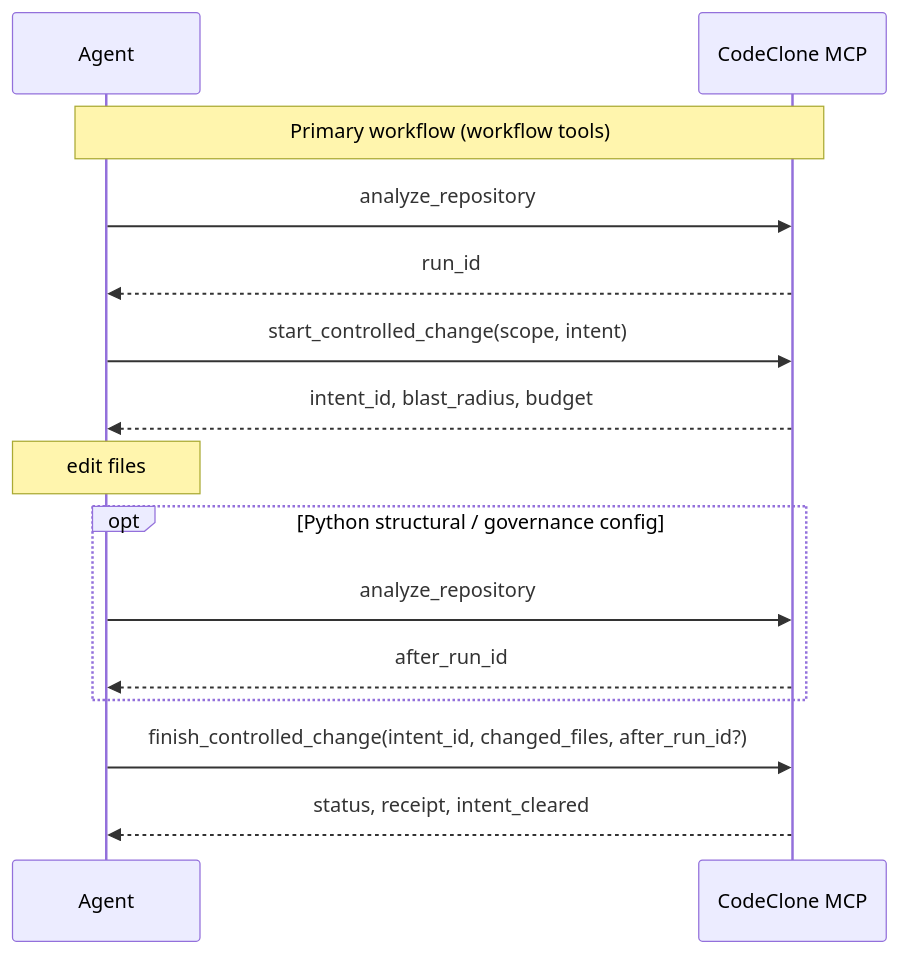
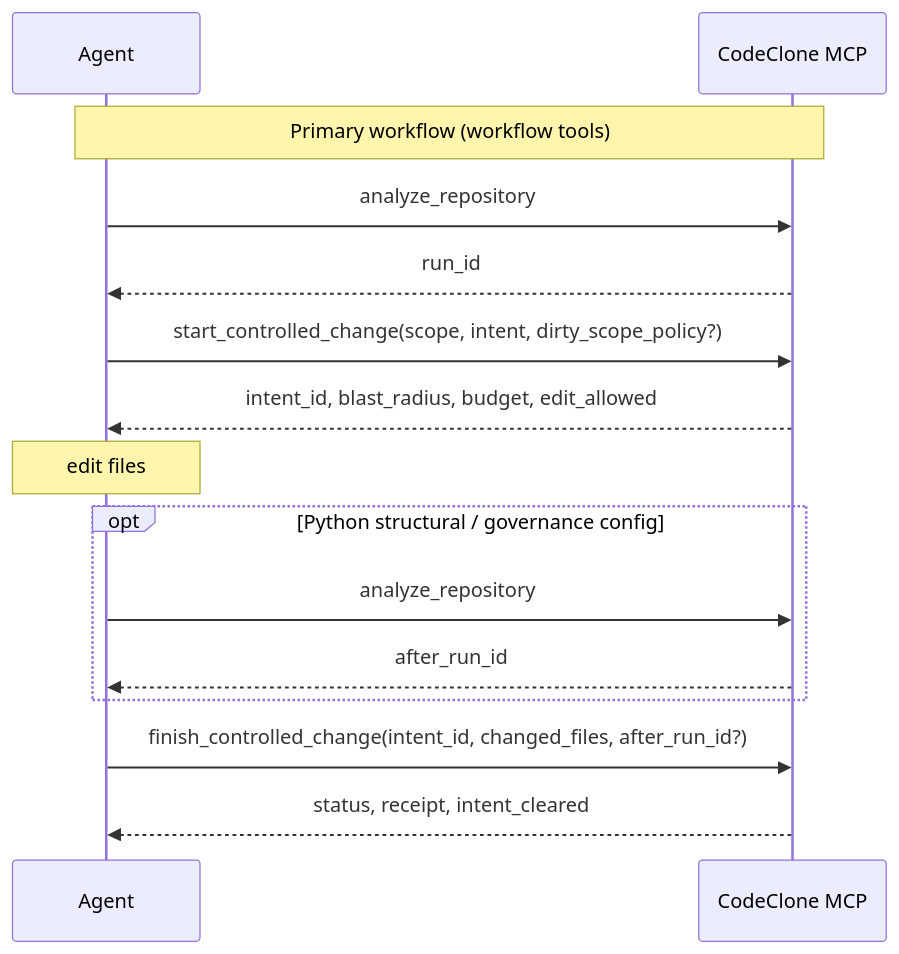
Before and after one commit to orenlab/codeclone: the fifth of 5 diagrams in docs/mcp.md, drawn with Mermaid. The commit also changed other lines of this file and 9 other files, not shown here.

First line of the commit message:
docs(mcp): sync multi-agent change-control and claim guard contracts

````diff
--- a/docs/mcp.md
+++ b/docs/mcp.md
@@ -427,17 +431,17 @@
 ```mermaid
 sequenceDiagram
     participant Agent
     participant MCP as CodeClone MCP
     Note over Agent, MCP: Primary workflow (workflow tools)
     Agent ->> MCP: analyze_repository
     MCP -->> Agent: run_id
-    Agent ->> MCP: start_controlled_change(scope, intent)
-    MCP -->> Agent: intent_id, blast_radius, budget
+    Agent ->> MCP: start_controlled_change(scope, intent, dirty_scope_policy?)
+    MCP -->> Agent: intent_id, blast_radius, budget, edit_allowed
     Note over Agent: edit files
     opt Python structural / governance config
         Agent ->> MCP: analyze_repository
         MCP -->> Agent: after_run_id
     end
     Agent ->> MCP: finish_controlled_change(intent_id, changed_files, after_run_id?)
     MCP -->> Agent: status, receipt, intent_cleared
 ```
````
